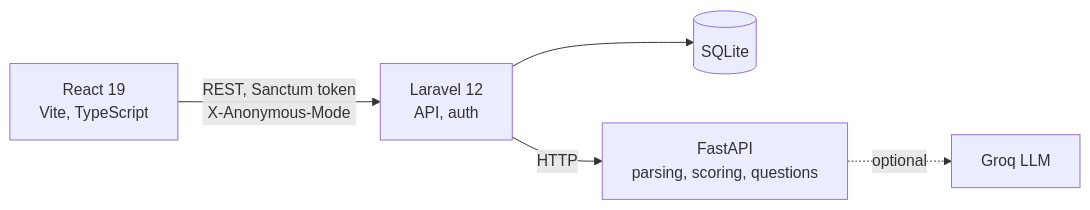
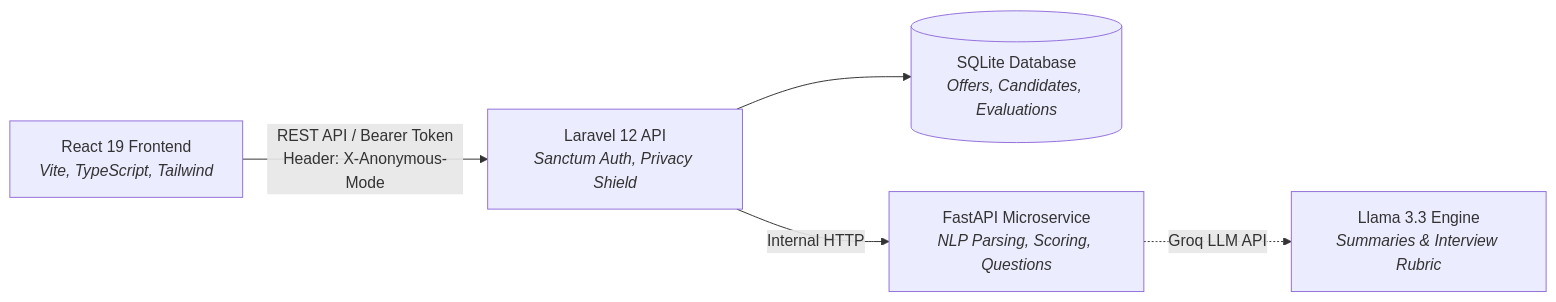
The diagram in README.md (aziz11414/TalentSync-AI), drawn with Mermaid before and after one commit. The commit also changed other lines of this file and 1 other file, not shown here.

````diff
--- a/README.md
+++ b/README.md
@@ -67,7 +43,7 @@
 ```mermaid
 flowchart LR
-    UI["React 19<br/>Vite, TypeScript"] -->|"REST, Sanctum token<br/>X-Anonymous-Mode"| API["Laravel 12<br/>API, auth"]
-    API --> DB[("SQLite")]
-    API -->|HTTP| AI["FastAPI<br/>parsing, scoring, questions"]
-    AI -.->|optional| LLM["Groq LLM"]
+    UI["React 19 Frontend<br/><i>Vite, TypeScript, Tailwind</i>"] -->|"REST API / Bearer Token<br/>Header: X-Anonymous-Mode"| API["Laravel 12 API<br/><i>Sanctum Auth, Privacy Shield</i>"]
+    API --> DB[("SQLite Database<br/><i>Offers, Candidates, Evaluations</i>")]
+    API -->|Internal HTTP| AI["FastAPI Microservice<br/><i>NLP Parsing, Scoring, Questions</i>"]
+    AI -.->|Groq LLM API| LLM["Llama 3.3 Engine<br/><i>Summaries & Interview Rubric</i>"]
 ```
````
